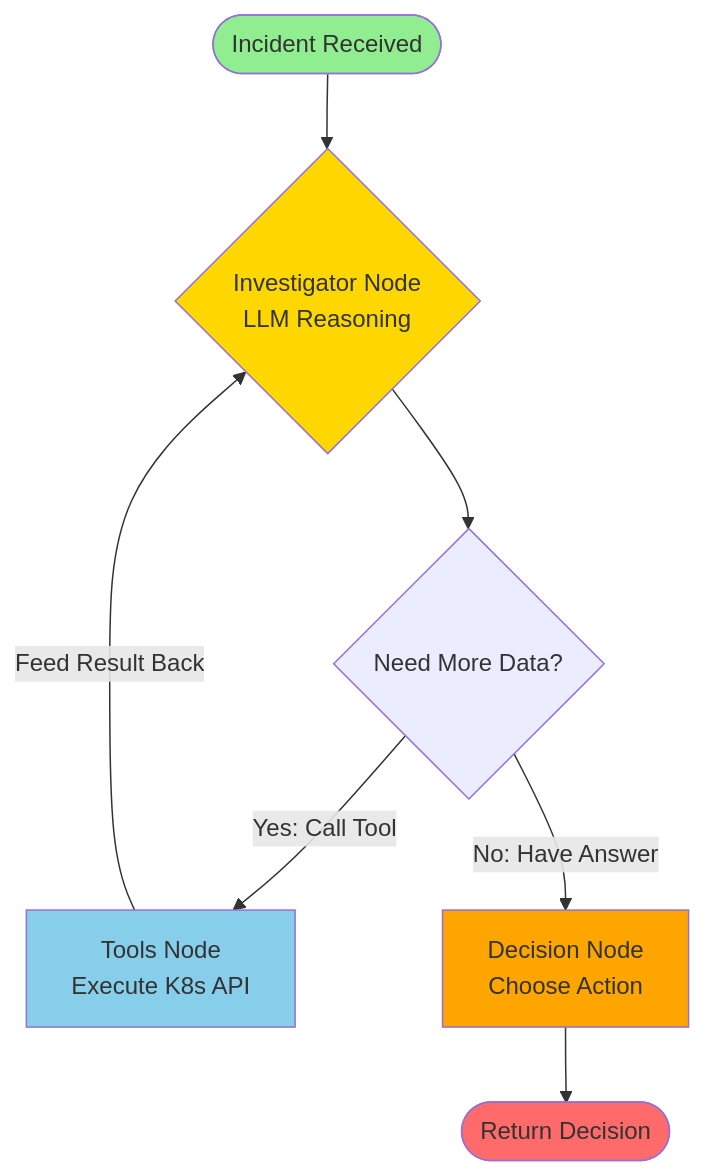
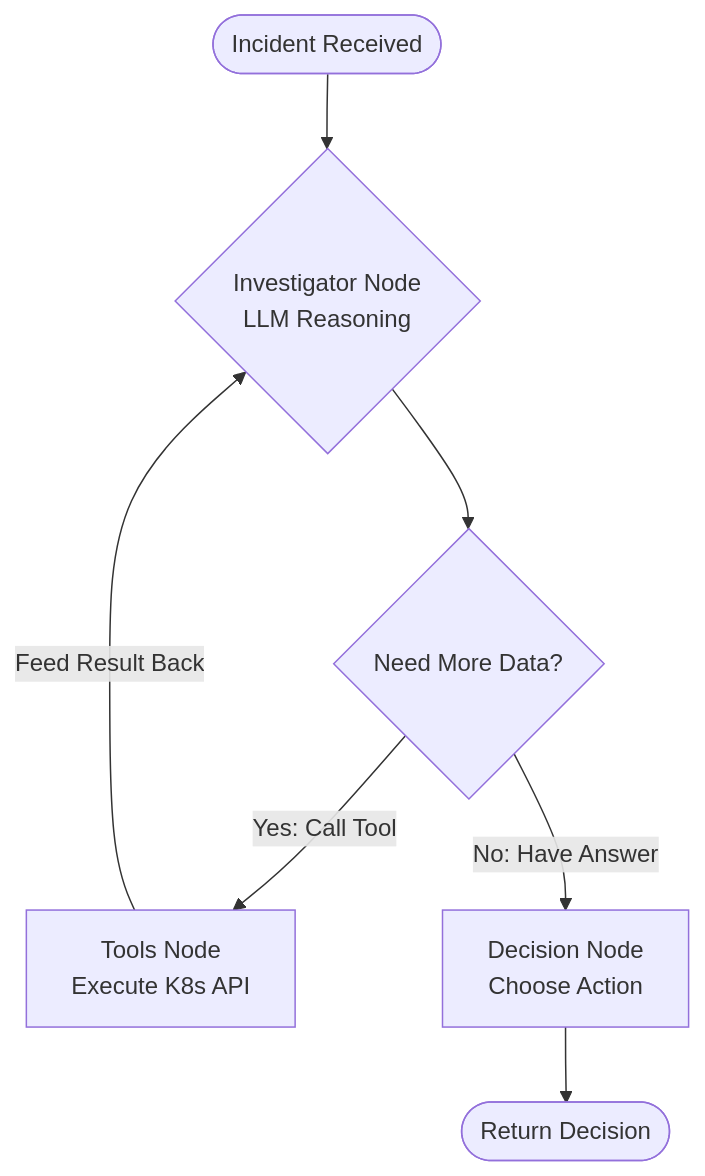
Before and after one commit to Mohamedaslam227/Agentic-Logs-Analyzer: the second of 4 diagrams in README.md, drawn with Mermaid. The commit also changed other lines of this file and 2 other files, not shown here.

First line of the commit message:
docs: Update READMEs with diagrams, remove emojis, and add project services

````diff
--- a/README.md
+++ b/README.md
@@ -49,22 +44,16 @@
 ```mermaid
 graph TB
     START([Incident Received])
     INVESTIGATOR{Investigator Node<br/>LLM Reasoning}
     TOOL_DECISION{Need More Data?}
     TOOLS[Tools Node<br/>Execute K8s API]
     DECIDE[Decision Node<br/>Choose Action]
     END_NODE([Return Decision])
     
     START --> INVESTIGATOR
     INVESTIGATOR --> TOOL_DECISION
     TOOL_DECISION -->|Yes: Call Tool| TOOLS
     TOOLS -->|Feed Result Back| INVESTIGATOR
     TOOL_DECISION -->|No: Have Answer| DECIDE
     DECIDE --> END_NODE
-    
-    style START fill:#90EE90
-    style INVESTIGATOR fill:#FFD700
-    style TOOLS fill:#87CEEB
-    style DECIDE fill:#FFA500
-    style END_NODE fill:#FF6B6B
 ```
````
